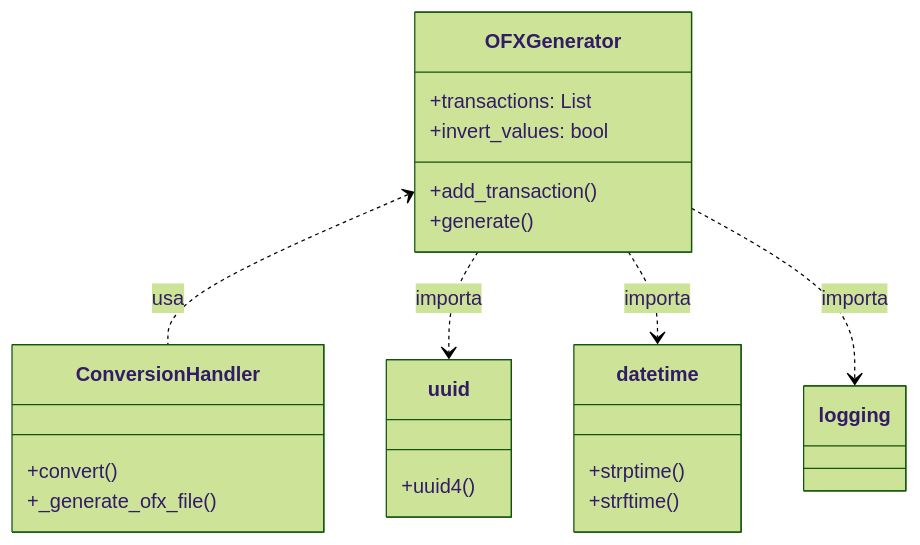
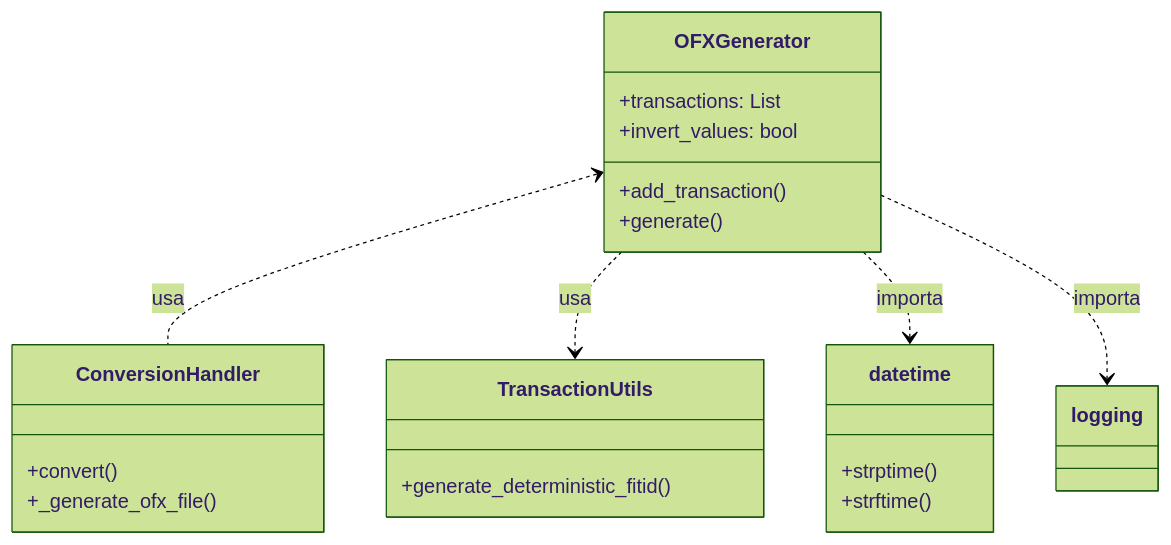
The first of 3 diagrams in docs/pt-BR/classes/OFXGenerator.md (andrebarsotti/csv-to-ofx-converter), drawn with Mermaid (forest theme) before and after one commit. The commit also changed other lines of this file and 13 other files, not shown here.

First line of the commit message:
docs: Update documentation for deterministic FITID feature (Task F.6)

````diff
--- a/docs/pt-BR/classes/OFXGenerator.md
+++ b/docs/pt-BR/classes/OFXGenerator.md
@@ -91,28 +93,28 @@
 ```mermaid
 classDiagram
     class OFXGenerator {
         +transactions: List
         +invert_values: bool
         +add_transaction()
         +generate()
     }
 
     class ConversionHandler {
         +convert()
         +_generate_ofx_file()
     }
 
-    class uuid {
-        +uuid4()
+    class TransactionUtils {
+        +generate_deterministic_fitid()
     }
 
     class datetime {
         +strptime()
         +strftime()
     }
 
     OFXGenerator <.. ConversionHandler : usa
-    OFXGenerator ..> uuid : importa
+    OFXGenerator ..> TransactionUtils : usa
     OFXGenerator ..> datetime : importa
     OFXGenerator ..> logging : importa
 ```
````
